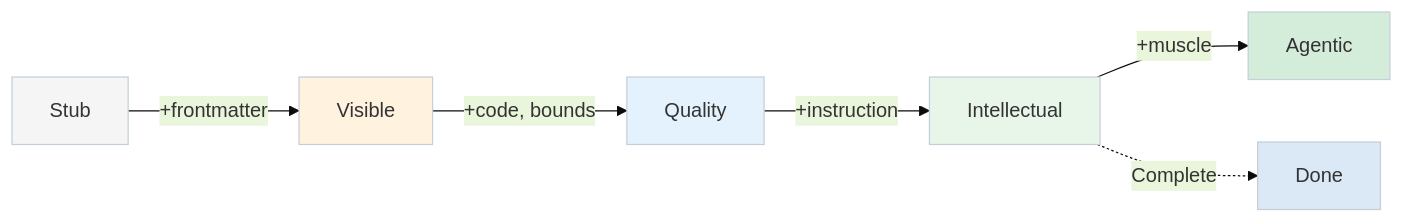
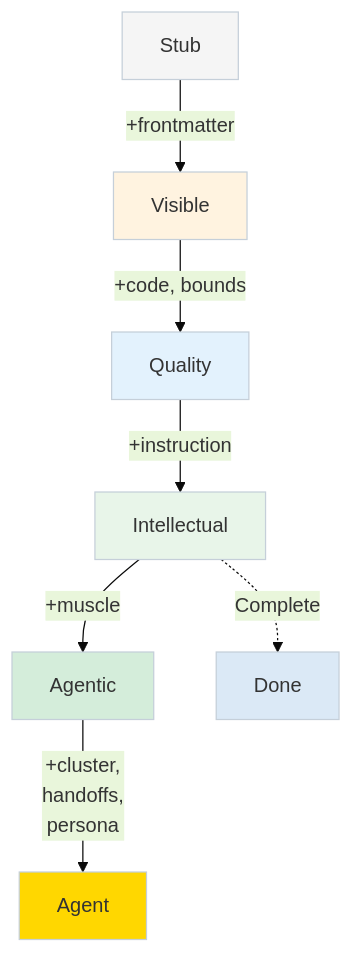
The eighth of 8 diagrams in alex_docs/architecture/AGENTIC-SKILL-ARCHITECTURE.md (fabioc-aloha/Alex_Plug_In), drawn with Mermaid before and after one commit. The commit also changed other lines of this file and 36 other files, not shown here.

````diff
--- a/alex_docs/architecture/AGENTIC-SKILL-ARCHITECTURE.md
+++ b/alex_docs/architecture/AGENTIC-SKILL-ARCHITECTURE.md
@@ -515,15 +997,17 @@
 ```mermaid
 %%{init: {"theme": "base", "themeVariables": {"primaryColor": "#dbe9f6"}}}%%
-flowchart LR
+flowchart TD
     STUB["Stub"] -->|"+frontmatter"| VISIBLE["Visible"]
     VISIBLE -->|"+code, bounds"| QUALITY["Quality"]
     QUALITY -->|"+instruction"| INTELLECT["Intellectual"]
     INTELLECT -->|"+muscle"| AGENTIC["Agentic"]
     INTELLECT -.->|"Complete"| DONE["Done"]
+    AGENTIC -->|"+cluster,<br/>handoffs,<br/>persona"| AGENT["Agent"]
     
     style STUB fill:#f5f5f5
     style VISIBLE fill:#fff3e0
     style QUALITY fill:#e3f2fd
     style INTELLECT fill:#e8f5e9
     style AGENTIC fill:#d4edda
+    style AGENT fill:#ffd700
 ```
````
